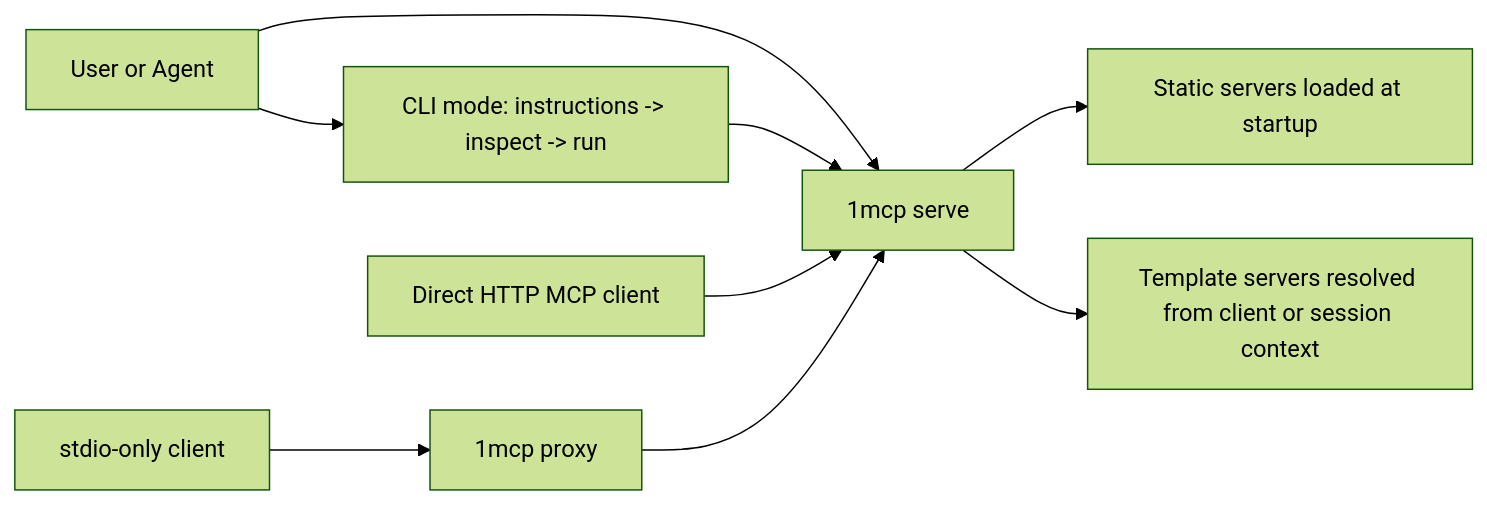
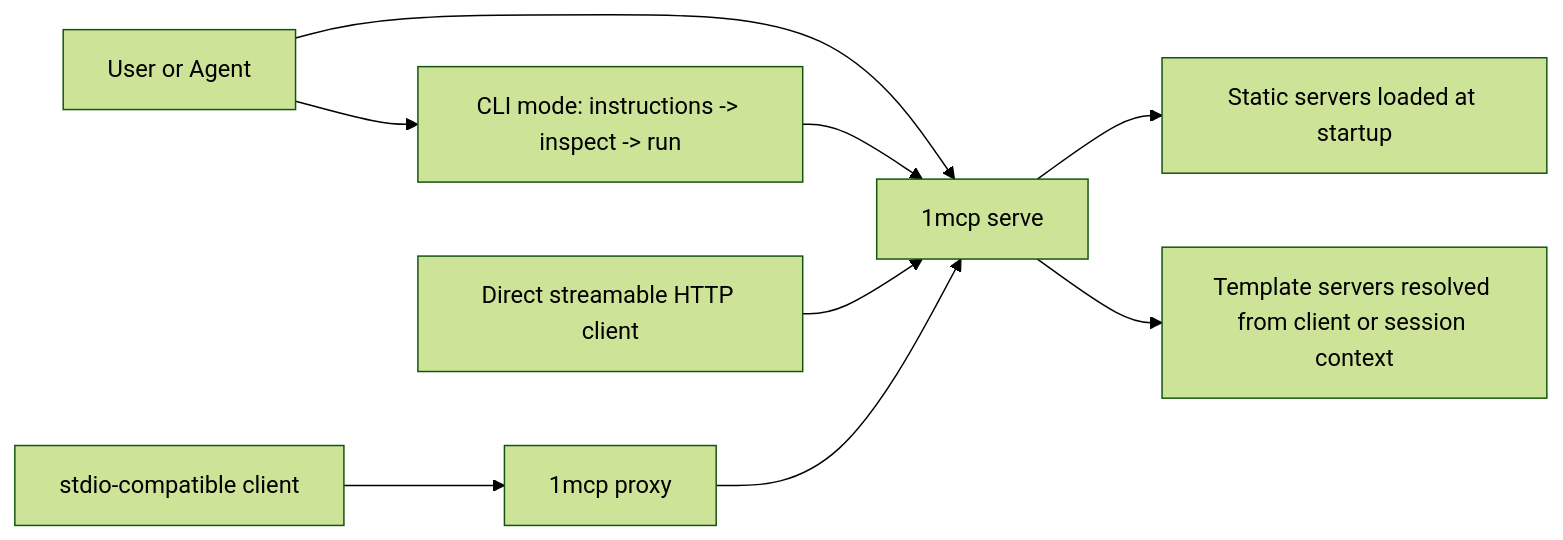
Before and after one commit to 1mcp-app/agent: the diagram in README.md, drawn with Mermaid (forest theme). The commit also changed other lines of this file and 16 other files, not shown here.

First line of the commit message:
docs: enhance documentation for 1MCP, focusing on maximum compatibility and streamable HTTP

````diff
--- a/README.md
+++ b/README.md
@@ -122,11 +133,11 @@
 ```mermaid
 flowchart LR
     A[User or Agent] --> B[1mcp serve]
     B --> C[Static servers loaded at startup]
     B --> D[Template servers resolved from client or session context]
     A --> E[CLI mode: instructions -> inspect -> run]
     E --> B
-    F[Direct HTTP MCP client] --> B
-    G[stdio-only client] --> H[1mcp proxy]
+    F[Direct streamable HTTP client] --> B
+    G[stdio-compatible client] --> H[1mcp proxy]
     H --> B
 ```
````
